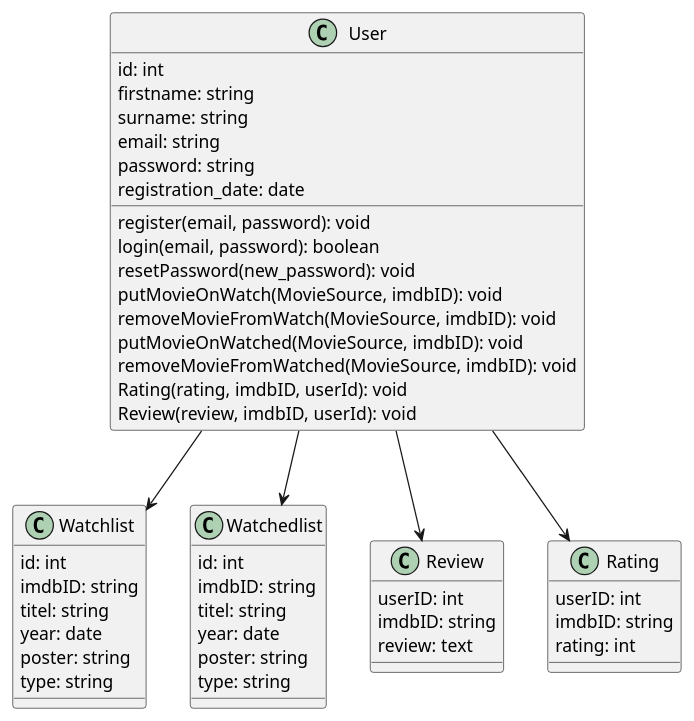
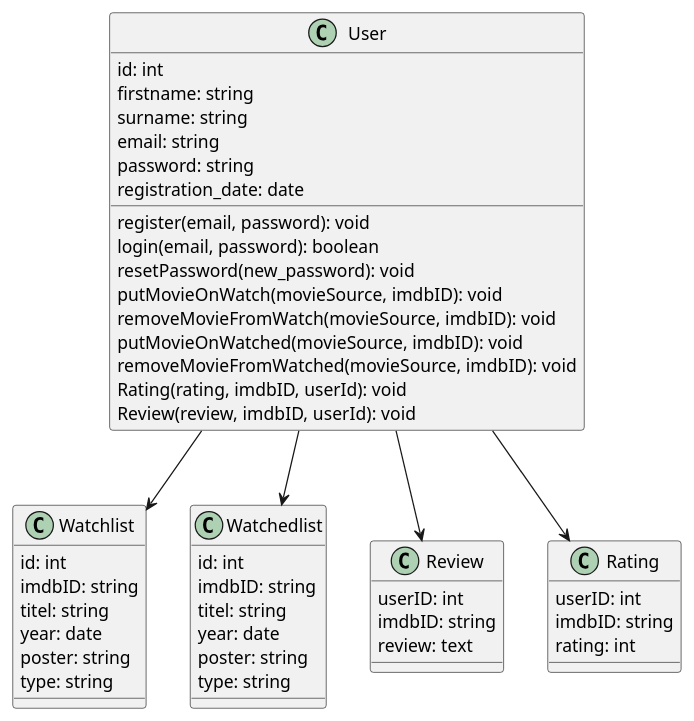
The diagram in architecture/class.puml (echo75/my-movie-db), drawn with PlantUML before and after one commit. The commit also changed 6 other files, not shown here.

```diff
--- a/architecture/class.puml
+++ b/architecture/class.puml
@@ -1,53 +1,53 @@
 @startuml MyOMDb
 class User {
     id: int
     firstname: string
     surname: string
     email: string
     password: string
     registration_date: date
     register(email, password): void
     login(email, password): boolean
     resetPassword(new_password): void
-    putMovieOnWatch(MovieSource, imdbID): void
-    removeMovieFromWatch(MovieSource, imdbID): void
-    putMovieOnWatched(MovieSource, imdbID): void
-    removeMovieFromWatched(MovieSource, imdbID): void
+    putMovieOnWatch(movieSource, imdbID): void
+    removeMovieFromWatch(movieSource, imdbID): void
+    putMovieOnWatched(movieSource, imdbID): void
+    removeMovieFromWatched(movieSource, imdbID): void
     Rating(rating, imdbID, userId): void
     Review(review, imdbID, userId): void
 }
 
 class Watchlist {
     id: int
     imdbID: string
     titel: string
     year: date
     poster: string
     type: string
 }
 
 class Watchedlist {
     id: int
     imdbID: string
     titel: string
     year: date
     poster: string
     type: string
 }
 
 class Review {
     userID: int
     imdbID: string
     review: text
 }
 
 class Rating {
     userID: int
     imdbID: string
     rating: int
 }
 User --> Watchlist
 User --> Watchedlist
 User --> Review
 User --> Rating
 @enduml
```
